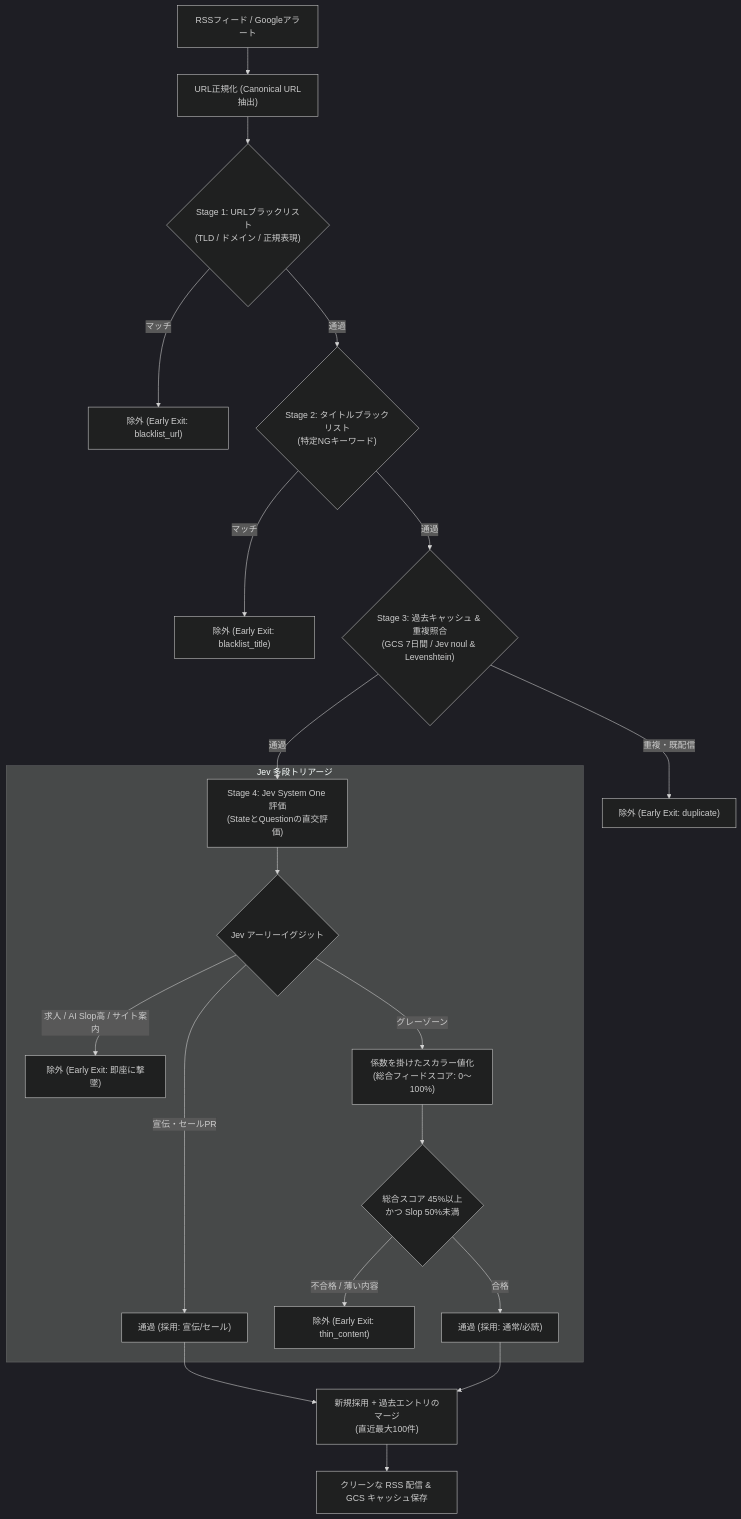
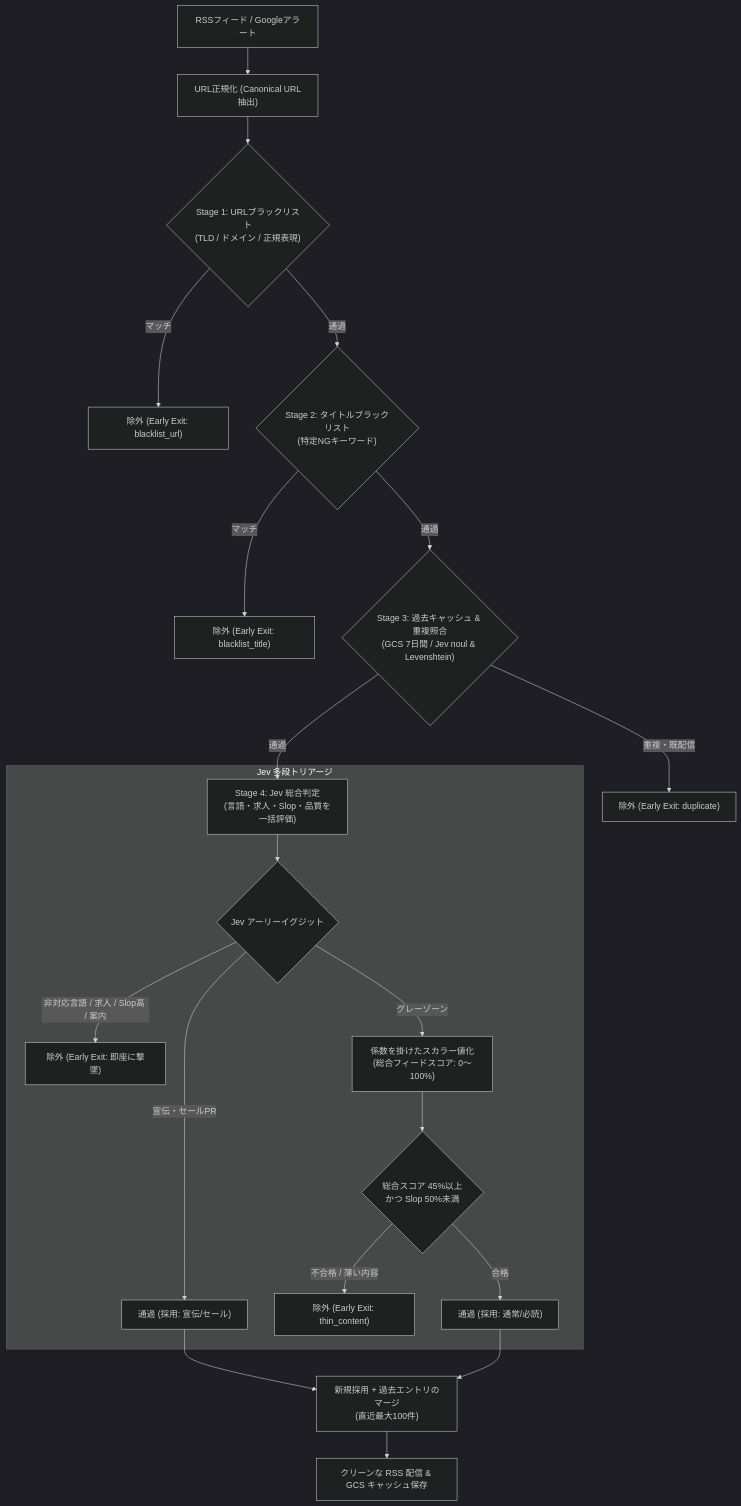
Before and after one commit to bulldra/google-alert-rss-proxy: the diagram in README.md, drawn with Mermaid (dark theme). The commit also changed other lines of this file and 5 other files, not shown here.

````diff
--- a/README.md
+++ b/README.md
@@ -50,28 +52,28 @@
 ```mermaid
 flowchart TD
     Start["RSSフィード / Googleアラート"] --> Normalize["URL正規化 (Canonical URL抽出)"]
     Normalize --> S1{"Stage 1: URLブラックリスト<br/>(TLD / ドメイン / 正規表現)"}
     S1 -->|マッチ| E1["除外 (Early Exit: blacklist_url)"]
 
     S1 -->|通過| S2{"Stage 2: タイトルブラックリスト<br/>(特定NGキーワード)"}
     S2 -->|マッチ| E2["除外 (Early Exit: blacklist_title)"]
 
     S2 -->|通過| S3{"Stage 3: 過去キャッシュ & 重複照合<br/>(GCS 7日間 / Jev noul & Levenshtein)"}
     S3 -->|重複・既配信| E3["除外 (Early Exit: duplicate)"]
 
-    S3 -->|通過| S4["Stage 4: Jev System One 評価<br/>(StateとQuestionの直交評価)"]
+    S3 -->|通過| S4["Stage 4: Jev 総合判定<br/>(言語・求人・Slop・品質を一括評価)"]
 
     subgraph JevTriage ["Jev 多段トリアージ"]
         S4 --> JevExit{"Jev アーリーイグジット"}
-        JevExit -->|求人 / AI Slop高 / サイト案内| E4["除外 (Early Exit: 即座に撃墜)"]
+        JevExit -->|非対応言語 / 求人 / Slop高 / 案内| E4["除外 (Early Exit: 即座に撃墜)"]
         JevExit -->|宣伝・セールPR| Pass1["通過 (採用: 宣伝/セール)"]
         JevExit -->|グレーゾーン| ScalarScore["係数を掛けたスカラー値化<br/>(総合フィードスコア: 0〜100%)"]
         ScalarScore --> ThresholdCheck{"総合スコア 45%以上<br/>かつ Slop 50%未満"}
         ThresholdCheck -->|不合格 / 薄い内容| E5["除外 (Early Exit: thin_content)"]
         ThresholdCheck -->|合格| Pass2["通過 (採用: 通常/必読)"]
     end
 
     Pass1 --> Merge["新規採用 + 過去エントリのマージ<br/>(直近最大100件)"]
     Pass2 --> Merge
     Merge --> Output["クリーンな RSS 配信 & GCS キャッシュ保存"]
 ```
````
